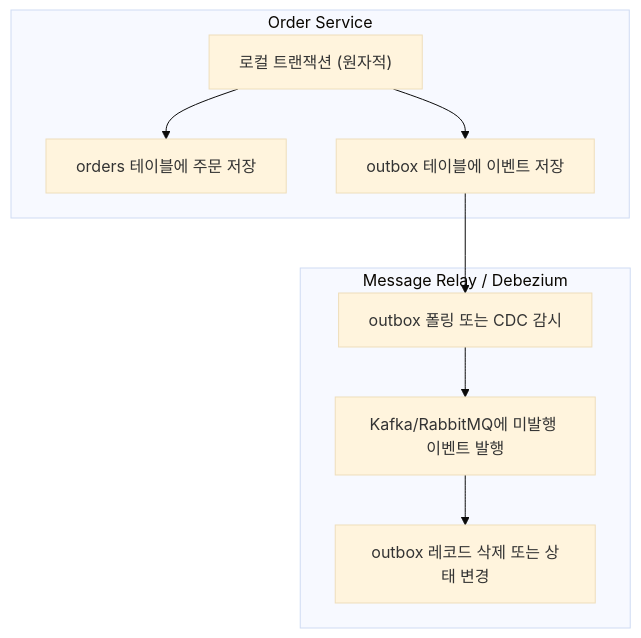
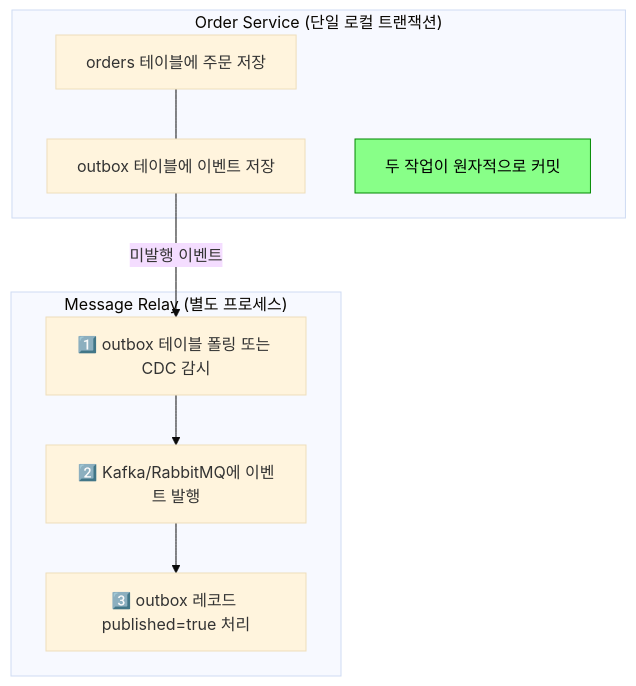
The seventh of 8 diagrams in _posts/spring/2026-05-01-distributed-transaction.md (yjkim2015/yjkim2015.github.io), drawn with Mermaid (base theme) before and after one commit. The commit also changed other lines of this file and 34 other files, not shown here.

First line of the commit message:
Full quality pass: 41 files — ASCII removed, 동작원리 보강, diagrams

```diff
--- a/_posts/spring/2026-05-01-distributed-transaction.md
+++ b/_posts/spring/2026-05-01-distributed-transaction.md
@@ -391,14 +339,17 @@
 <div class="mermaid">
 graph TD
-    subgraph OS["Order Service"]
-        T["로컬 트랜잭션 (원자적)"]
-        T --> OT[orders 테이블에 주문 저장]
-        T --> OB[outbox 테이블에 이벤트 저장]
+    subgraph OS["Order Service (단일 로컬 트랜잭션)"]
+        T1["orders 테이블에 주문 저장"]
+        T2["outbox 테이블에 이벤트 저장"]
+        T1 --- T2
+        NOTE["두 작업이 원자적으로 커밋"]
     end
-    subgraph RELAY["Message Relay / Debezium"]
-        P["outbox 폴링 또는 CDC 감시"]
-        P --> PUB["Kafka/RabbitMQ에 미발행 이벤트 발행"]
-        PUB --> DEL["outbox 레코드 삭제 또는 상태 변경"]
+    subgraph RELAY["Message Relay (별도 프로세스)"]
+        P["1️⃣ outbox 테이블 폴링 또는 CDC 감시"]
+        PUB["2️⃣ Kafka/RabbitMQ에 이벤트 발행"]
+        DEL["3️⃣ outbox 레코드 published=true 처리"]
+        P --> PUB --> DEL
     end
-    OB --> P
+    T2 -->|"미발행 이벤트"| P
+    style NOTE fill:#8f8,stroke:#080,color:#000
 </div>
```
